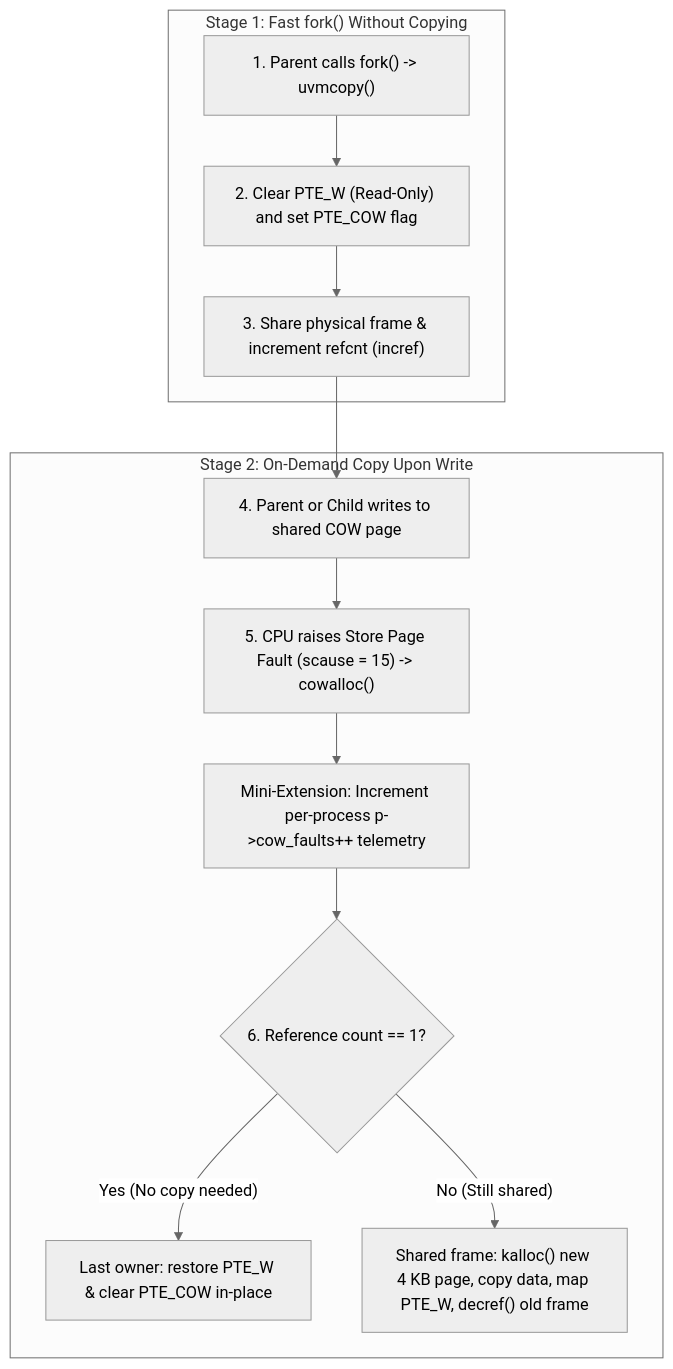
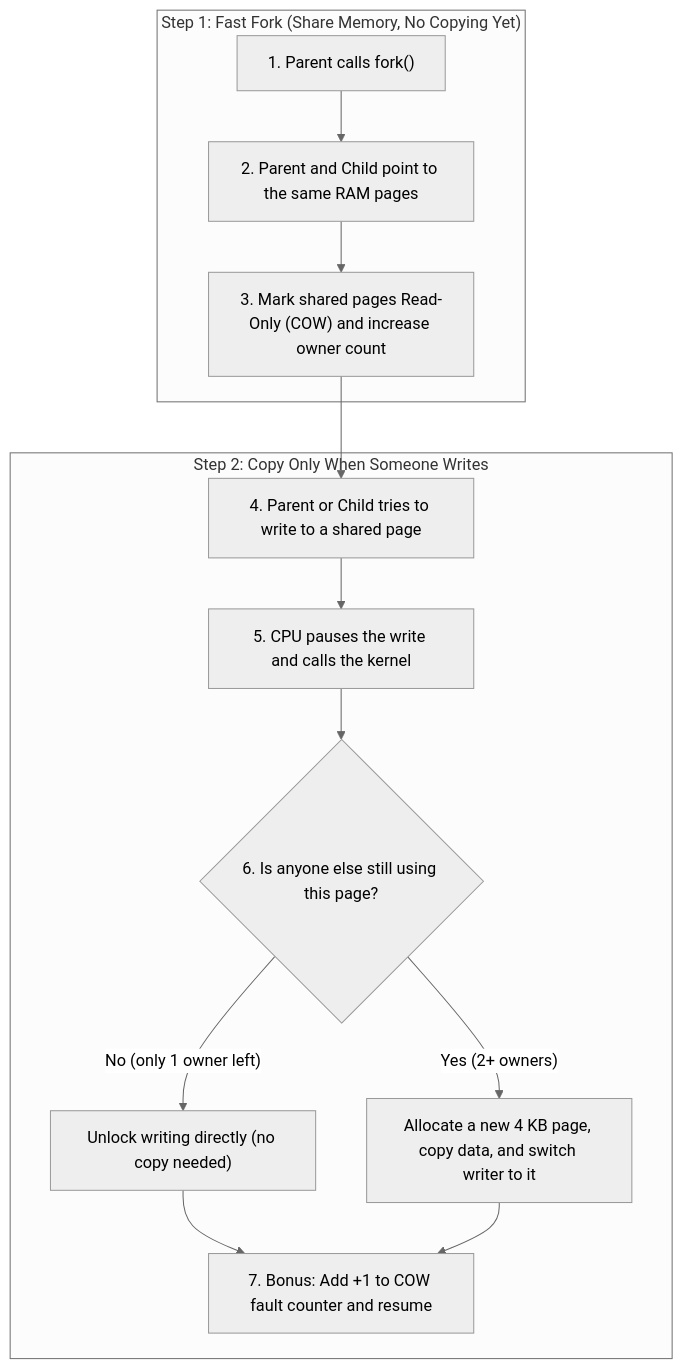
Before and after one commit to asbahkhan67-ctrl/xv6-riscv: the fifth of 21 diagrams in README.md, drawn with Mermaid (neutral theme). The commit also changed other lines of this file and 159 other files, not shown here.

````diff
--- a/README.md
+++ b/README.md
@@ -311,23 +330,18 @@
 ```mermaid
 flowchart TD
-    subgraph Phase1["Stage 1: Fast fork() Without Copying"]
-        F1["1. Parent calls fork() -> uvmcopy()"]
-        F2["2. Clear PTE_W (Read-Only) and set PTE_COW flag"]
-        F3["3. Share physical frame & increment refcnt (incref)"]
-        F1 --> F2 --> F3
+    subgraph Step1["Step 1: Fast Fork (Share Memory, No Copying Yet)"]
+        F1["1. Parent calls fork()"] --> F2["2. Parent and Child point to the same RAM pages"]
+        F2 --> F3["3. Mark shared pages Read-Only (COW) and increase owner count"]
     end
 
-    subgraph Phase2["Stage 2: On-Demand Copy Upon Write"]
-        W1["4. Parent or Child writes to shared COW page"]
-        W2["5. CPU raises Store Page Fault (scause = 15) -> cowalloc()"]
-        W3["Mini-Extension: Increment per-process p->cow_faults++ telemetry"]
-        W4{"6. Reference count == 1?"}
-        W5["Last owner: restore PTE_W & clear PTE_COW in-place"]
-        W6["Shared frame: kalloc() new 4 KB page, copy data, map PTE_W, decref() old frame"]
-        W1 --> W2 --> W3 --> W4
-        W4 -- "Yes (No copy needed)" --> W5
-        W4 -- "No (Still shared)" --> W6
+    subgraph Step2["Step 2: Copy Only When Someone Writes"]
+        W1["4. Parent or Child tries to write to a shared page"] --> W2["5. CPU pauses the write and calls the kernel"]
+        W2 --> W3{"6. Is anyone else still using this page?"}
+        W3 -- "No (only 1 owner left)" --> W4["Unlock writing directly (no copy needed)"]
+        W3 -- "Yes (2+ owners)" --> W5["Allocate a new 4 KB page, copy data, and switch writer to it"]
+        W4 --> W6["7. Bonus: Add +1 to COW fault counter and resume"]
+        W5 --> W6
     end
 
     F3 --> W1
 ```
````
